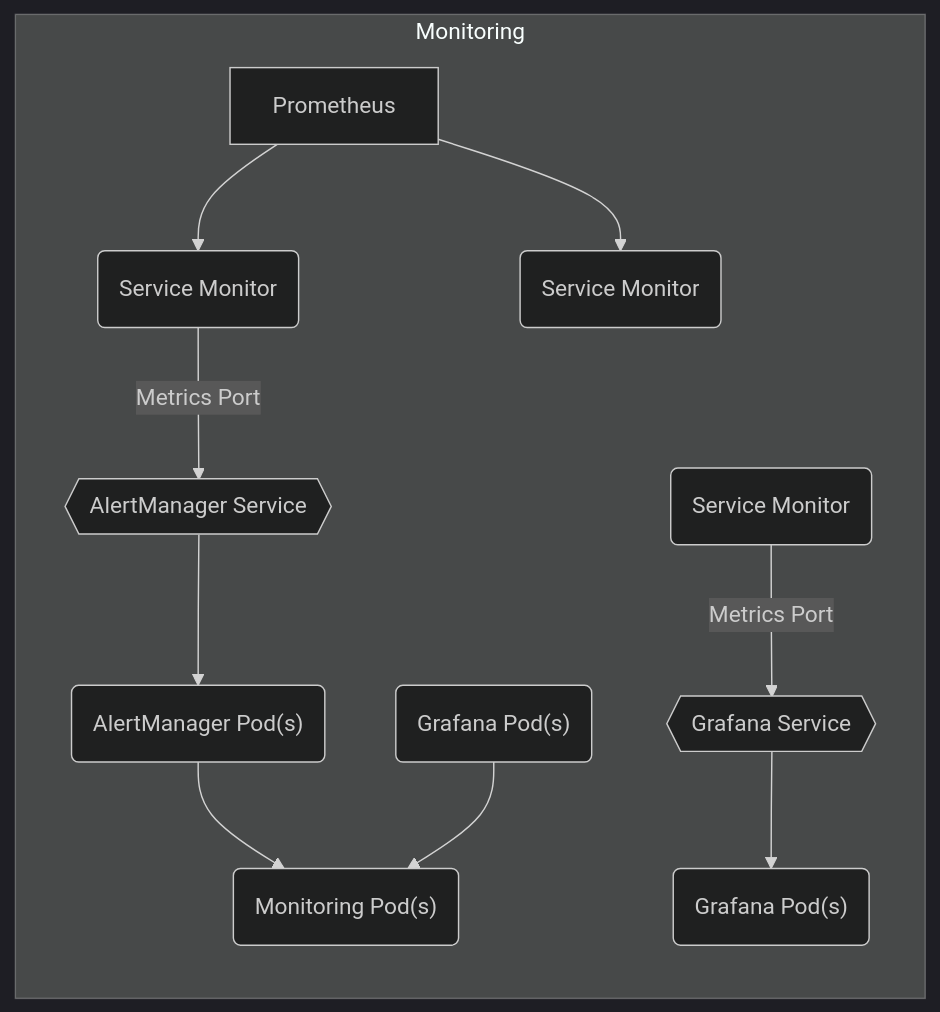
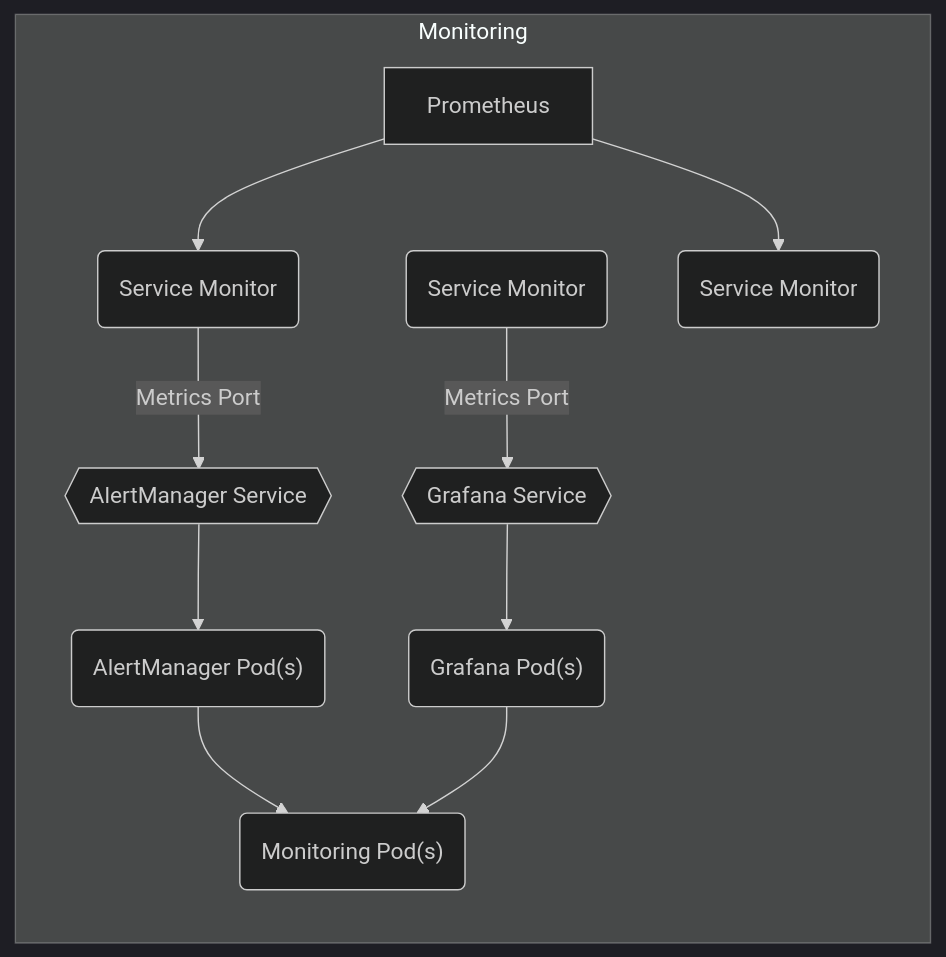
Before and after one commit to sbko/bigbang: the diagram in charter/packages/monitoring/Architecture.md, drawn with Mermaid (dark theme).

Commit message:
monitoring architecture

````diff
--- a/charter/packages/monitoring/Architecture.md
+++ b/charter/packages/monitoring/Architecture.md
@@ -12,16 +12,16 @@
  ```mermaid
 graph LR
   subgraph "Monitoring"
     alertmanagerpods("AlertManager Pod(s)") --> monitoringpods("Monitoring Pod(s)")
     alertmanagerservice{{AlertManager Service}} --> alertmanagerpods("AlertManager Pod(s)")
     alertmanagersvcmonitor("Service Monitor") --"Metrics Port"--> alertmanagerservice
     Prometheus --> alertmanagersvcmonitor("Service Monitor")
-    grafanarods("Grafana Pod(s)") --> monitoringpods("Monitoring Pod(s)")
+    grafanapods("Grafana Pod(s)") --> monitoringpods("Monitoring Pod(s)")
     grafanaservice{{Grafana Service}} --> grafanapods("Grafana Pod(s)")
     grafanarsvcmonitor("Service Monitor") --"Metrics Port"--> grafanaservice
     Prometheus --> grafanasvcmonitor("Service Monitor")
 
     
   end
   
 ```   
````
